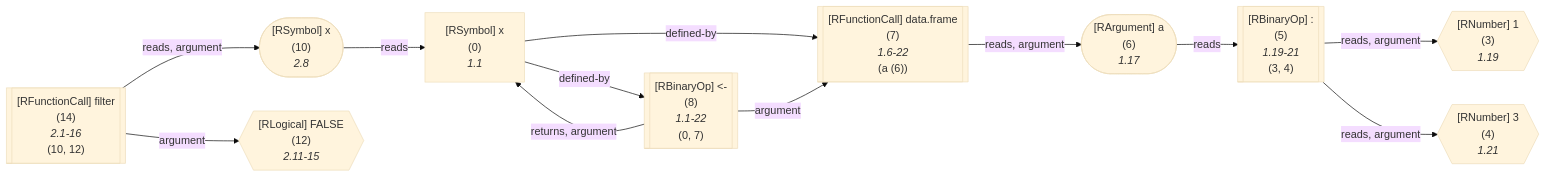
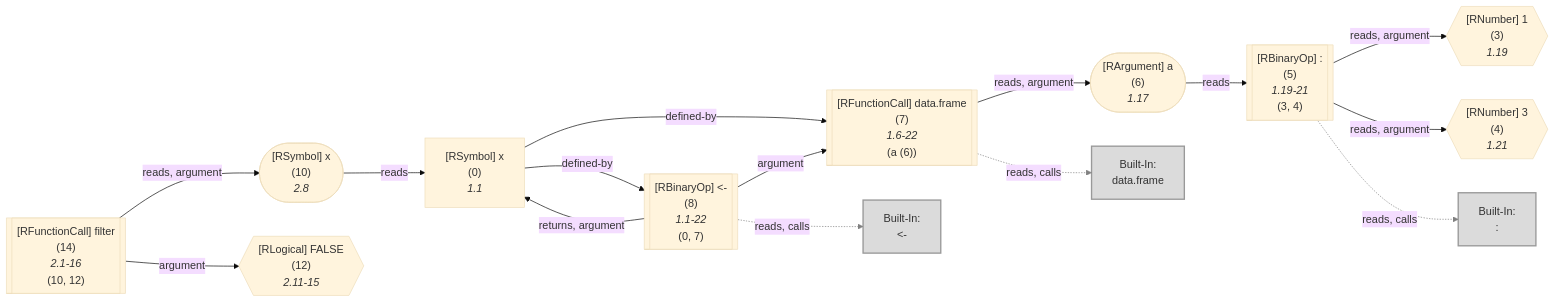
Before and after one commit to flowr-analysis/flowr: the sixth of 13 diagrams in wiki/Query API.md, drawn with Mermaid (base theme). The commit also changed other lines of this file and 14 other files, not shown here.

Commit message:
[skip ci] doc: update generated wiki pages (wiki/Capabilities,wiki/Query API,wiki/Interface,wiki/Control Flow Graph,wiki/Core,wiki/Linter,.github/ISSUE_TEMPLATE/linting-rule.yaml,README)

````diff
--- a/wiki/Query API.md
+++ b/wiki/Query API.md
@@ -2742,52 +2715,67 @@
 ```mermaid
 flowchart LR
     3{{"`#91;RNumber#93; 1
       (3)
       *1.19*`"}}
     4{{"`#91;RNumber#93; 3
       (4)
       *1.21*`"}}
     5[["`#91;RBinaryOp#93; #58;
       (5)
       *1.19-21*
     (3, 4)`"]]
+    built-in::["`Built-In:
+#58;`"]
+    style built-in:: stroke:gray,fill:lightgray,stroke-width:2px,opacity:.8;
     6(["`#91;RArgument#93; a
       (6)
       *1.17*`"])
     7[["`#91;RFunctionCall#93; data.frame
       (7)
       *1.6-22*
     (a (6))`"]]
+    built-in:data_frame["`Built-In:
+data.frame`"]
+    style built-in:data_frame stroke:gray,fill:lightgray,stroke-width:2px,opacity:.8;
     0["`#91;RSymbol#93; x
       (0)
       *1.1*`"]
     8[["`#91;RBinaryOp#93; #60;#45;
       (8)
       *1.1-22*
     (0, 7)`"]]
+    built-in:_-["`Built-In:
+#60;#45;`"]
+    style built-in:_- stroke:gray,fill:lightgray,stroke-width:2px,opacity:.8;
     10(["`#91;RSymbol#93; x
       (10)
       *2.8*`"])
     12{{"`#91;RLogical#93; FALSE
       (12)
       *2.11-15*`"}}
     %% Environment of 14 [level: 0]:
     %% Built-in
-    %% 539----------------------------------------
+    %% 553----------------------------------------
     %%   x: {**x** (id: 0, type: Unknown, def. @8)}
     14[["`#91;RFunctionCall#93; filter
       (14)
       *2.1-16*
     (10, 12)`"]]
     5 -->|"reads, argument"| 3
     5 -->|"reads, argument"| 4
+    5 -.->|"reads, calls"| built-in::
+    linkStyle 2 stroke:gray;
     6 -->|"reads"| 5
     7 -->|"reads, argument"| 6
+    7 -.->|"reads, calls"| built-in:data_frame
+    linkStyle 5 stroke:gray;
     0 -->|"defined-by"| 7
     0 -->|"defined-by"| 8
     8 -->|"argument"| 7
     8 -->|"returns, argument"| 0
+    8 -.->|"reads, calls"| built-in:_-
+    linkStyle 10 stroke:gray;
     10 -->|"reads"| 0
     14 -->|"reads, argument"| 10
     14 -->|"argument"| 12
 ```
````
